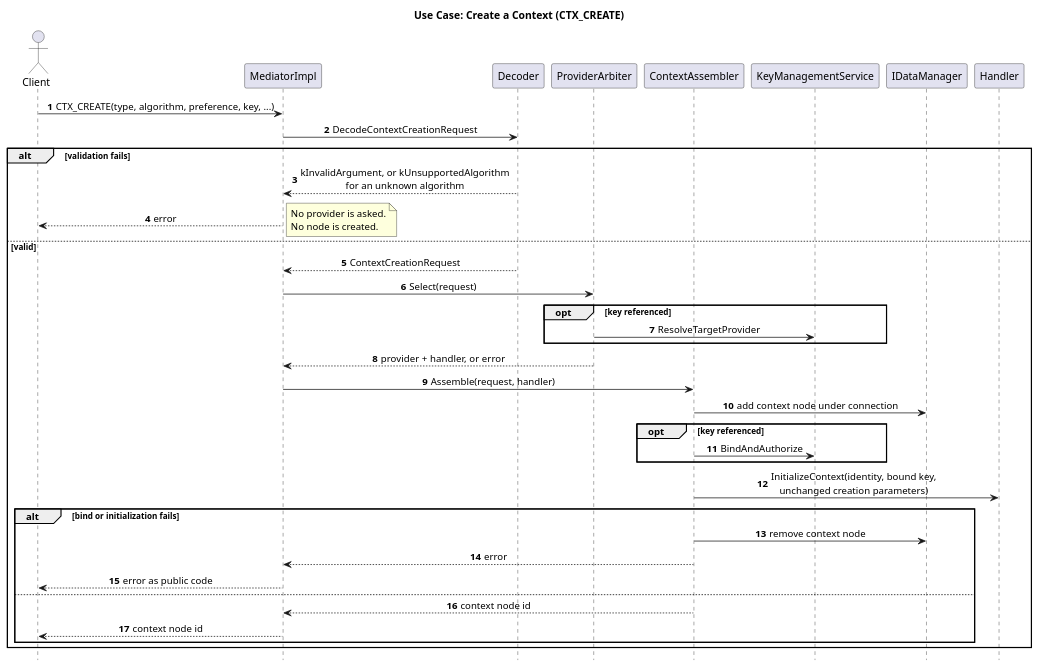
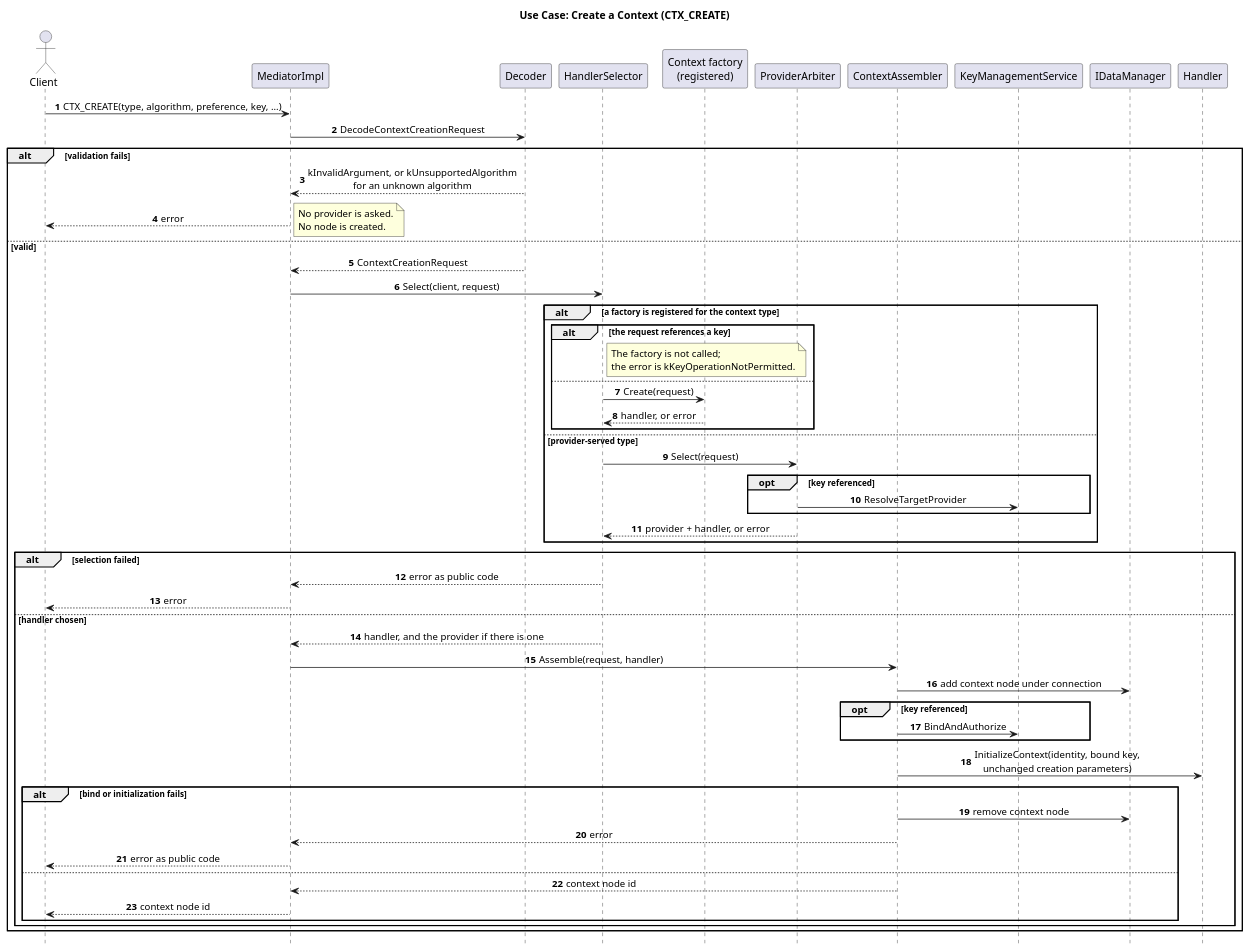
The diagram in score/crypto/src/daemon/mediator/docs/detailed_design/uc_context_creation.puml (abdullahelmarghany/crypto), drawn with PlantUML before and after one commit. The commit also changed 53 other files, not shown here.

First line of the commit message:
Mediator registry and handler selector (#460)

```diff
--- a/score/crypto/src/daemon/mediator/docs/detailed_design/uc_context_creation.puml
+++ b/score/crypto/src/daemon/mediator/docs/detailed_design/uc_context_creation.puml
@@ -14,46 +14,64 @@
 @startuml uc_context_creation
 title Use Case: Create a Context (CTX_CREATE)
 autonumber
 hide footbox
 skinparam shadowing false
 skinparam defaultFontName Arial
 skinparam sequenceMessageAlign center
 
 actor Client
 participant "MediatorImpl" as Mediator
 participant "Decoder" as Decoder
+participant "HandlerSelector" as Selector
+participant "Context factory\n(registered)" as Factory
 participant "ProviderArbiter" as Arbiter
 participant "ContextAssembler" as Assembler
 participant "KeyManagementService" as KeyMgmt
 participant "IDataManager" as DataMgr
 participant "Handler" as Handler
 
 Client -> Mediator : CTX_CREATE(type, algorithm, preference, key, ...)
 Mediator -> Decoder : DecodeContextCreationRequest
 alt validation fails
   Decoder --> Mediator : kInvalidArgument, or kUnsupportedAlgorithm\nfor an unknown algorithm
   Mediator --> Client : error
   note right: No provider is asked.\nNo node is created.
 else valid
   Decoder --> Mediator : ContextCreationRequest
-  Mediator -> Arbiter : Select(request)
-  opt key referenced
-    Arbiter -> KeyMgmt : ResolveTargetProvider
+  Mediator -> Selector : Select(client, request)
+  alt a factory is registered for the context type
+    alt the request references a key
+      note right of Selector: The factory is not called;\nthe error is kKeyOperationNotPermitted.
+    else
+      Selector -> Factory : Create(request)
+      Factory --> Selector : handler, or error
+    end
+  else provider-served type
+    Selector -> Arbiter : Select(request)
+    opt key referenced
+      Arbiter -> KeyMgmt : ResolveTargetProvider
+    end
+    Arbiter --> Selector : provider + handler, or error
   end
-  Arbiter --> Mediator : provider + handler, or error
-  Mediator -> Assembler : Assemble(request, handler)
-  Assembler -> DataMgr : add context node under connection
-  opt key referenced
-    Assembler -> KeyMgmt : BindAndAuthorize
-  end
-  Assembler -> Handler : InitializeContext(identity, bound key,\nunchanged creation parameters)
-  alt bind or initialization fails
-    Assembler -> DataMgr : remove context node
-    Assembler --> Mediator : error
-    Mediator --> Client : error as public code
-  else
-    Assembler --> Mediator : context node id
-    Mediator --> Client : context node id
+  alt selection failed
+    Selector --> Mediator : error as public code
+    Mediator --> Client : error
+  else handler chosen
+    Selector --> Mediator : handler, and the provider if there is one
+    Mediator -> Assembler : Assemble(request, handler)
+    Assembler -> DataMgr : add context node under connection
+    opt key referenced
+      Assembler -> KeyMgmt : BindAndAuthorize
+    end
+    Assembler -> Handler : InitializeContext(identity, bound key,\nunchanged creation parameters)
+    alt bind or initialization fails
+      Assembler -> DataMgr : remove context node
+      Assembler --> Mediator : error
+      Mediator --> Client : error as public code
+    else
+      Assembler --> Mediator : context node id
+      Mediator --> Client : context node id
+    end
   end
 end
 @enduml
```
